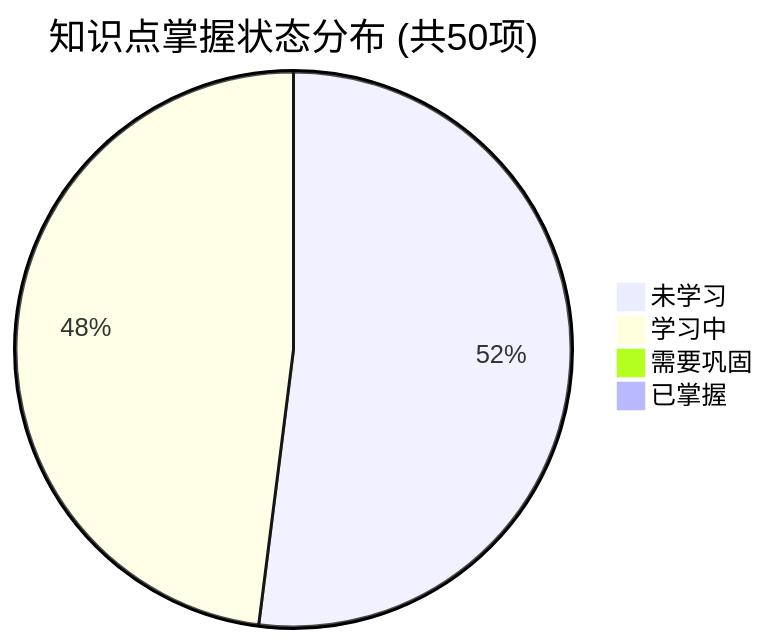
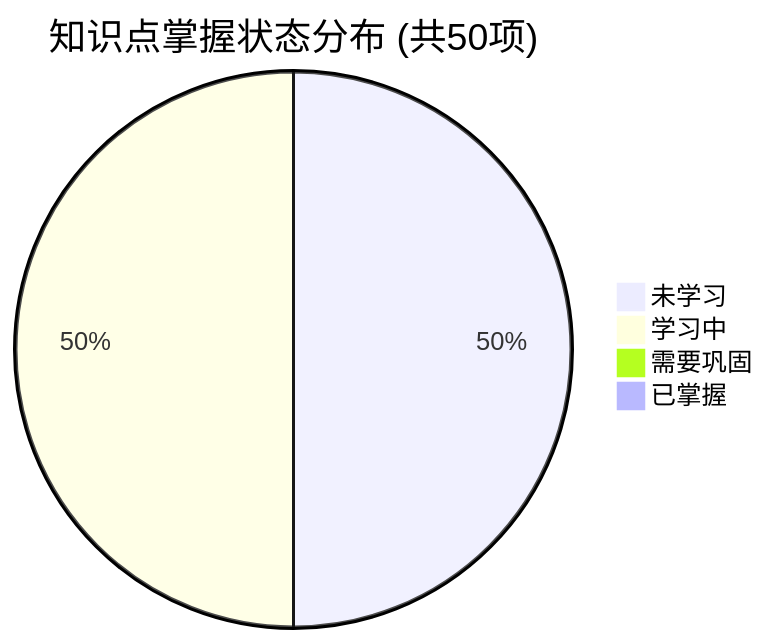
One commit to tieke1121/tech-interview-knowledge-base changed the first of 2 diagrams in PROGRESS.md. Above: the diagram before and after it, drawn with Mermaid. The commit also changed other lines of this file and 1 other file, not shown here.

````diff
--- a/PROGRESS.md
+++ b/PROGRESS.md
@@ -23,7 +23,7 @@
 ```mermaid
 pie title 知识点掌握状态分布 (共50项)
-    "未学习" : 26
-    "学习中" : 24
+    "未学习" : 25
+    "学习中" : 25
     "需要巩固" : 0
     "已掌握" : 0
 ```
````
